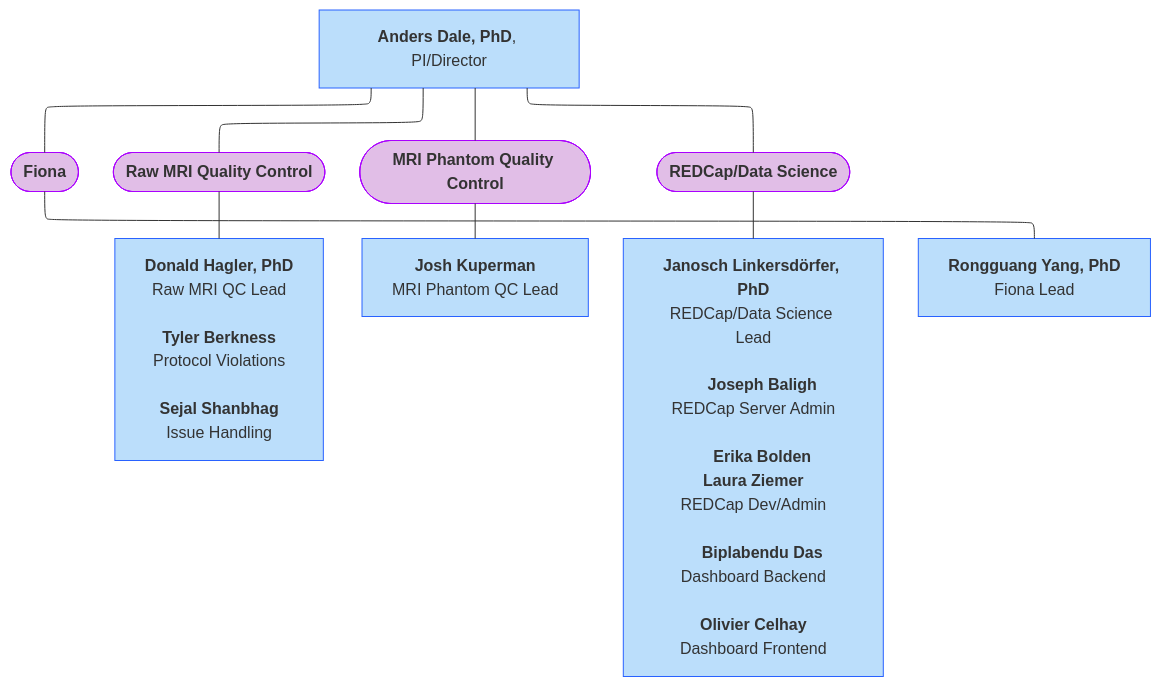
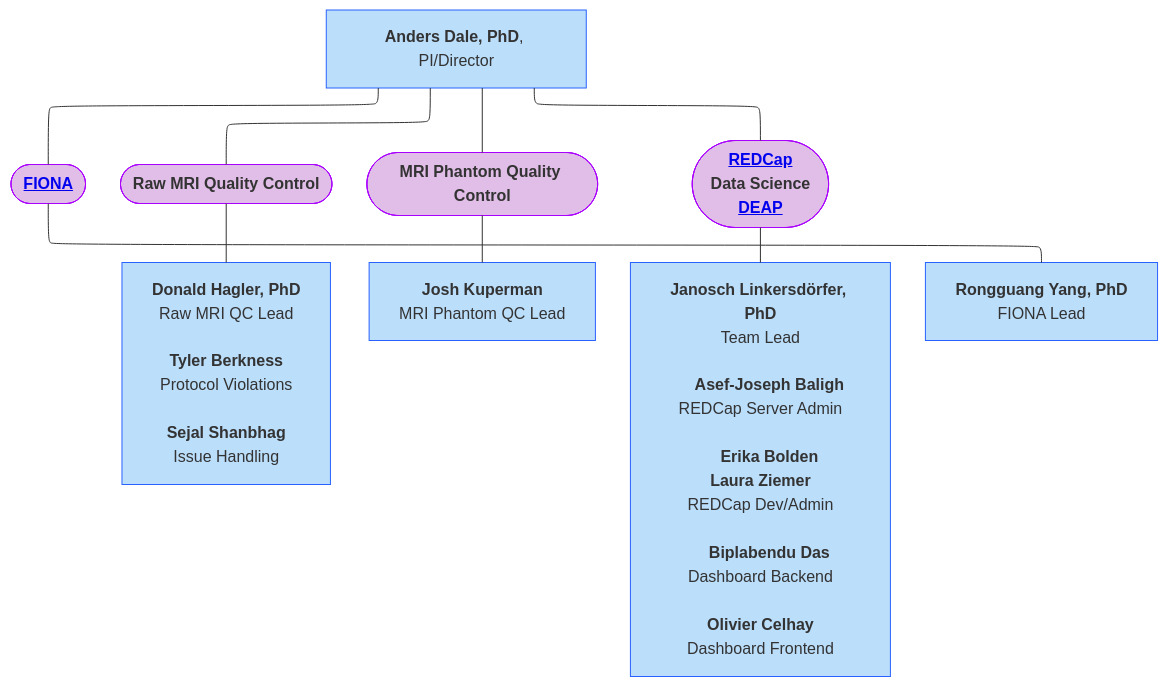
Before and after one commit to DCAN-Labs/hbcd-docs-internal: the second of 10 diagrams in docs/orgcharts.md, drawn with Mermaid. The commit also changed other lines of this file, not shown here.

````diff
--- a/docs/orgcharts.md
+++ b/docs/orgcharts.md
@@ -75,27 +75,27 @@
 ```mermaid
 ---
 config:
   layout: elk
 ---
 flowchart TB
-    A["<b>Anders Dale, PhD</b>, PI/Director"] --- z(["<b>Fiona</b>"])
+    A["<b>Anders Dale, PhD</b>, PI/Director"] --- z(["<a href="#fiona"><b>FIONA</b></a>"])
     A --- n2(["<b>Raw MRI Quality Control</b>"])
     A --- n3(["<b>MRI Phantom Quality Control</b>"])
-    A --- n6(["<b>REDCap/Data Science</b>"])
+    A --- n6(["<a href="#redcap"><b>REDCap</b></a><br><b>Data Science</b><br><a href="#deap"><b>DEAP</b></a>"])
     n2 --- n9["<b>Donald Hagler, PhD</b><br>Raw MRI QC Lead<br><br><b>Tyler Berkness</b><br>Protocol Violations<br><br><b>Sejal Shanbhag</b><br>Issue Handling"]
     n3 --- n10["<b>Josh Kuperman</b><br>MRI Phantom QC Lead"]
-    n6 --- n4["<b>Janosch Linkersdörfer, PhD</b><br>REDCap/Data Science Lead<br>
-    <b>Joseph Baligh</b><br>REDCap Server Admin<br>
+    n6 --- n4["<b>Janosch Linkersdörfer, PhD</b><br>Team Lead<br>
+    <b>Asef-Joseph Baligh</b><br>REDCap Server Admin<br>
     <b>Erika Bolden<br>Laura Ziemer</b><br>REDCap Dev/Admin<b><br>
     Biplabendu Das</b><br>Dashboard Backend<br><br><b>Olivier Celhay</b><br>Dashboard Frontend"]
-    z --- n8["<b>Rongguang Yang, PhD</b><br>Fiona Lead"]
+    z --- n8["<b>Rongguang Yang, PhD</b><br>FIONA Lead"]
     style A fill:#BBDEFB,stroke:#2962FF
     style z fill:#E1BEE7,stroke:#AA00FF
     style n2 fill:#E1BEE7,stroke:#AA00FF
     style n3 fill:#E1BEE7,stroke:#AA00FF
     style n6 fill:#E1BEE7,stroke:#AA00FF
     style n8 fill:#BBDEFB,stroke:#2962FF
     style n9 fill:#BBDEFB,stroke:#2962FF
     style n10 fill:#BBDEFB,stroke:#2962FF
     style n4 fill:#BBDEFB,stroke:#2962FF
 ```
````
